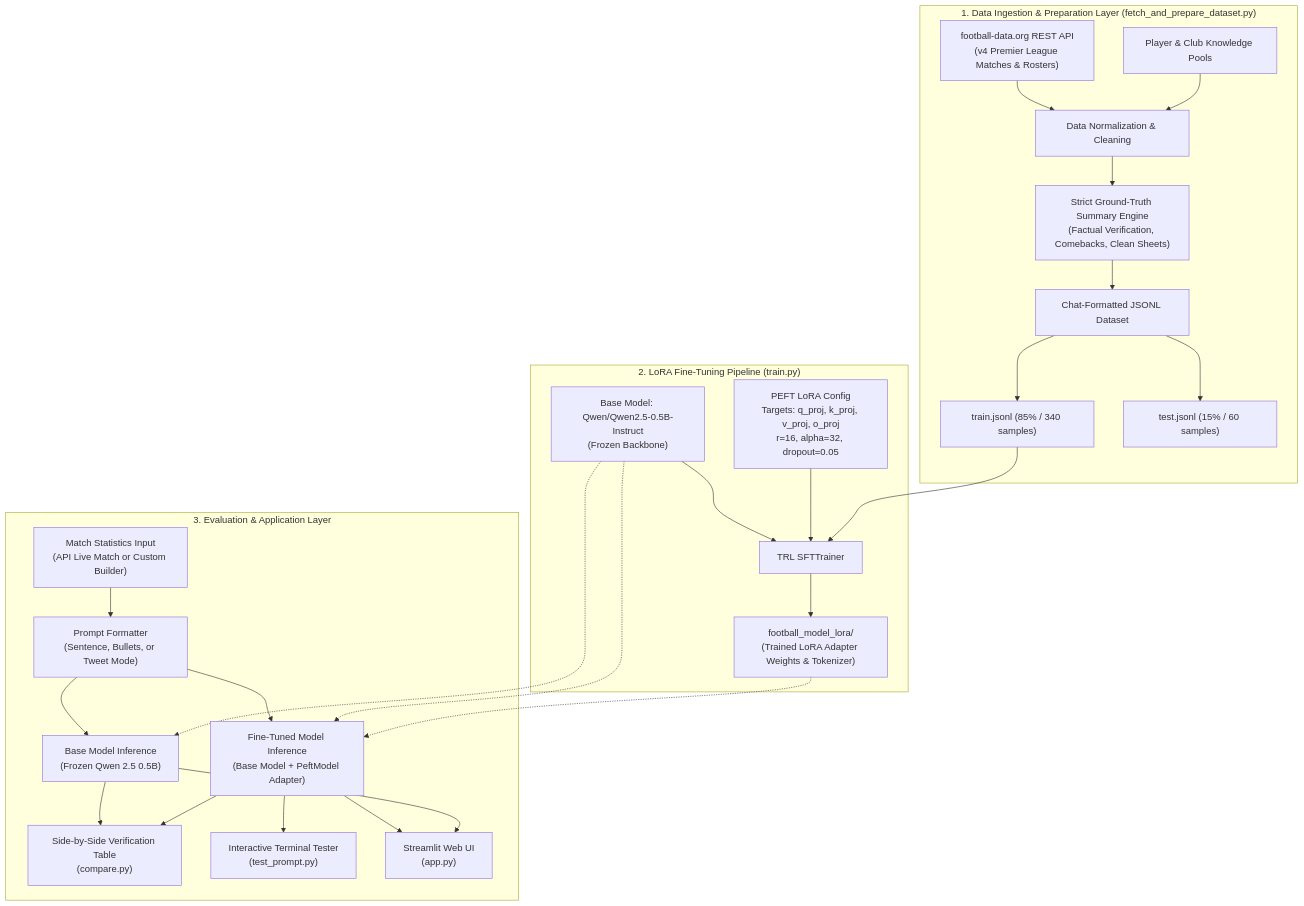
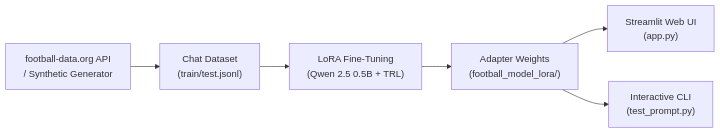
The diagram in README.md (enoch1472/Match-Commentator), drawn with Mermaid before and after one commit. The commit also changed other lines of this file and 3 other files, not shown here.

````diff
--- a/README.md
+++ b/README.md
@@ -21,32 +10,8 @@
 ```mermaid
-flowchart TD
-    subgraph DataPrep["1. Data Ingestion & Preparation Layer (fetch_and_prepare_dataset.py)"]
-        API["football-data.org REST API\n(v4 Premier League Matches & Rosters)"] --> B["Data Normalization & Cleaning"]
-        KPOOL["Player & Club Knowledge Pools"] --> B
-        B --> C["Strict Ground-Truth Summary Engine\n(Factual Verification, Comebacks, Clean Sheets)"]
-        C --> D["Chat-Formatted JSONL Dataset"]
-        D --> D1["train.jsonl (85% / 340 samples)"]
-        D --> D2["test.jsonl (15% / 60 samples)"]
-    end
-
-    subgraph Training["2. LoRA Fine-Tuning Pipeline (train.py)"]
-        E["Base Model: Qwen/Qwen2.5-0.5B-Instruct\n(Frozen Backbone)"] --> G["TRL SFTTrainer"]
-        F["PEFT LoRA Config\nTargets: q_proj, k_proj, v_proj, o_proj\nr=16, alpha=32, dropout=0.05"] --> G
-        D1 --> G
-        G --> H["football_model_lora/\n(Trained LoRA Adapter Weights & Tokenizer)"]
-    end
-
-    subgraph Inference["3. Evaluation & Application Layer"]
-        I["Match Statistics Input\n(API Live Match or Custom Builder)"] --> J["Prompt Formatter\n(Sentence, Bullets, or Tweet Mode)"]
-        J --> K["Base Model Inference\n(Frozen Qwen 2.5 0.5B)"]
-        J --> L["Fine-Tuned Model Inference\n(Base Model + PeftModel Adapter)"]
-        E -.-> K
-        E -.-> L
-        H -.-> L
-        K --> M["Side-by-Side Verification Table\n(compare.py)"]
-        L --> M
-        L --> N["Interactive Terminal Tester\n(test_prompt.py)"]
-        L --> O["Streamlit Web UI\n(app.py)"]
-        K --> O
-    end
+flowchart LR
+    API["football-data.org API\n/ Synthetic Generator"] --> D["Chat Dataset\n(train/test.jsonl)"]
+    D --> T["LoRA Fine-Tuning\n(Qwen 2.5 0.5B + TRL)"]
+    T --> A["Adapter Weights\n(football_model_lora/)"]
+    A --> UI["Streamlit Web UI\n(app.py)"]
+    A --> CLI["Interactive CLI\n(test_prompt.py)"]
 ```
````
